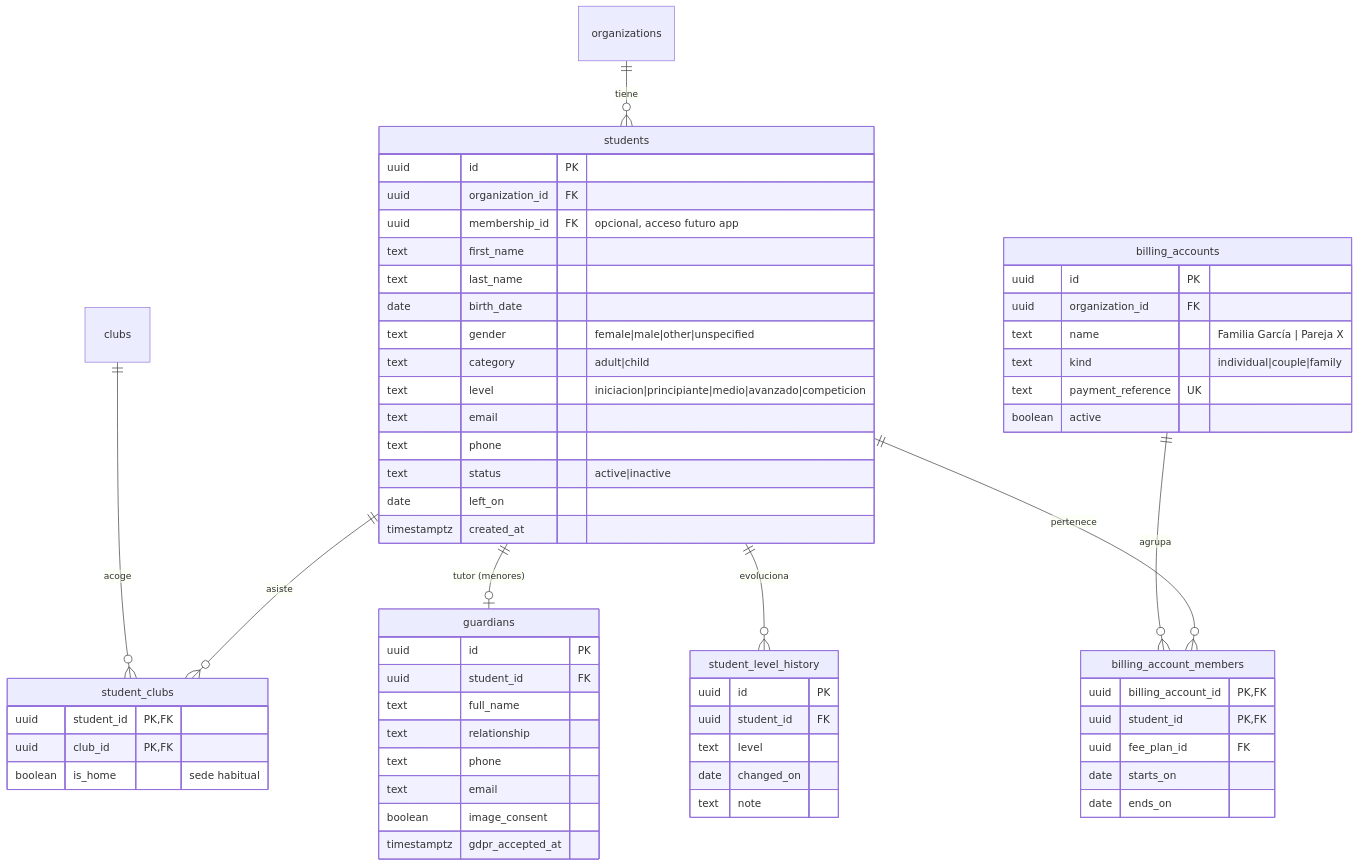
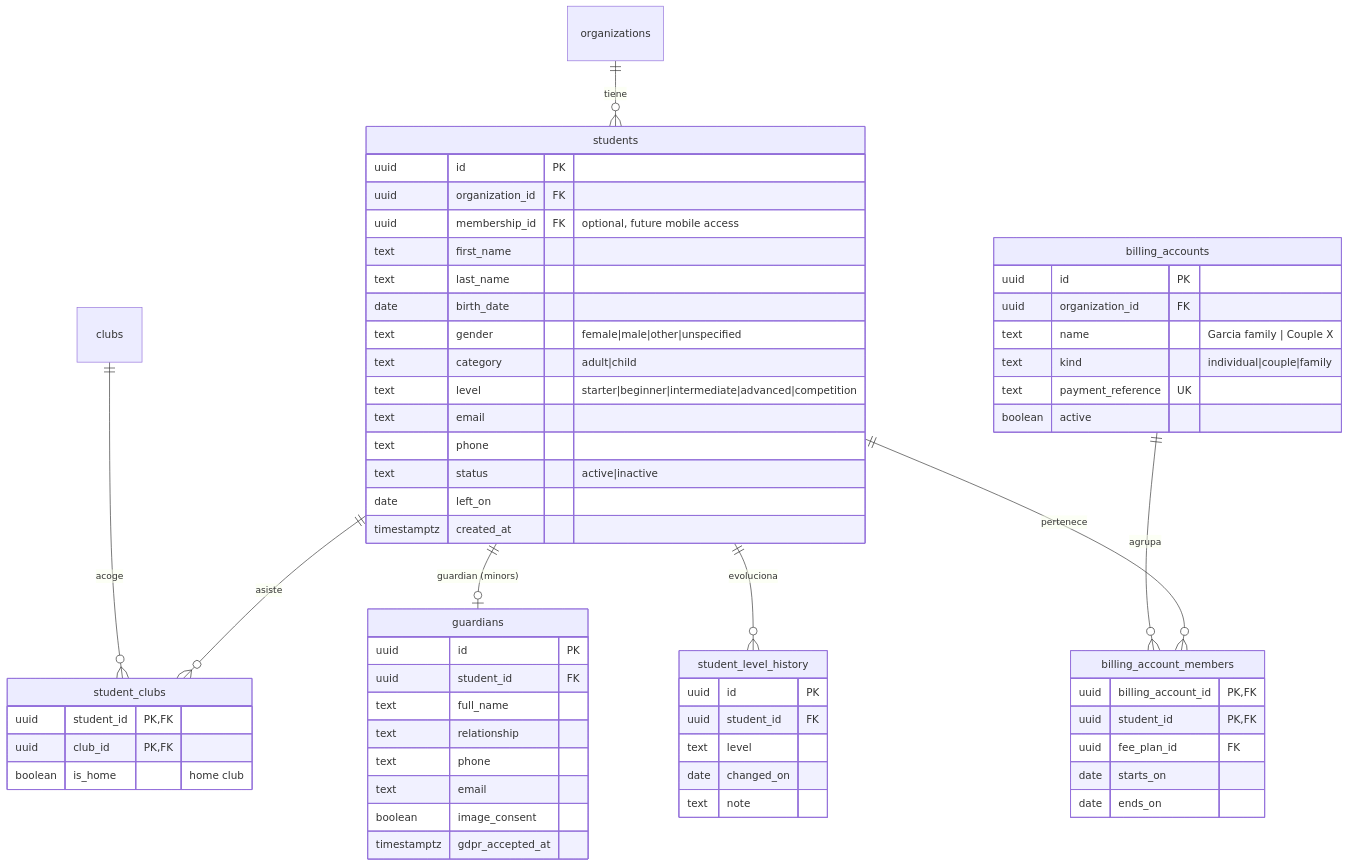
One commit to paf106/aprende-padel-academy-manager-web changed the second of 6 diagrams in docs/DATABASE.md. Above: the diagram before and after it, drawn with Mermaid. The commit also changed other lines of this file and 221 other files, not shown here.

````diff
--- a/docs/DATABASE.md
+++ b/docs/DATABASE.md
@@ -97,64 +97,64 @@
 ```mermaid
 erDiagram
     organizations ||--o{ students : tiene
     clubs ||--o{ student_clubs : acoge
     students ||--o{ student_clubs : asiste
-    students ||--o| guardians : "tutor (menores)"
+    students ||--o| guardians : "guardian (minors)"
     students ||--o{ student_level_history : evoluciona
     billing_accounts ||--o{ billing_account_members : agrupa
     students ||--o{ billing_account_members : pertenece
 
     students {
         uuid id PK
         uuid organization_id FK
-        uuid membership_id FK "opcional, acceso futuro app"
+        uuid membership_id FK "optional, future mobile access"
         text first_name
         text last_name
         date birth_date
         text gender "female|male|other|unspecified"
         text category "adult|child"
-        text level "iniciacion|principiante|medio|avanzado|competicion"
+        text level "starter|beginner|intermediate|advanced|competition"
         text email
         text phone
         text status "active|inactive"
         date left_on
         timestamptz created_at
     }
     student_clubs {
         uuid student_id PK,FK
         uuid club_id PK,FK
-        boolean is_home "sede habitual"
+        boolean is_home "home club"
     }
     student_level_history {
         uuid id PK
         uuid student_id FK
         text level
         date changed_on
         text note
     }
     guardians {
         uuid id PK
         uuid student_id FK
         text full_name
         text relationship
         text phone
         text email
         boolean image_consent
         timestamptz gdpr_accepted_at
     }
     billing_accounts {
         uuid id PK
         uuid organization_id FK
-        text name "Familia García | Pareja X"
+        text name "Garcia family | Couple X"
         text kind "individual|couple|family"
         text payment_reference UK
         boolean active
     }
     billing_account_members {
         uuid billing_account_id PK,FK
         uuid student_id PK,FK
         uuid fee_plan_id FK
         date starts_on
         date ends_on
     }
 ```
````
